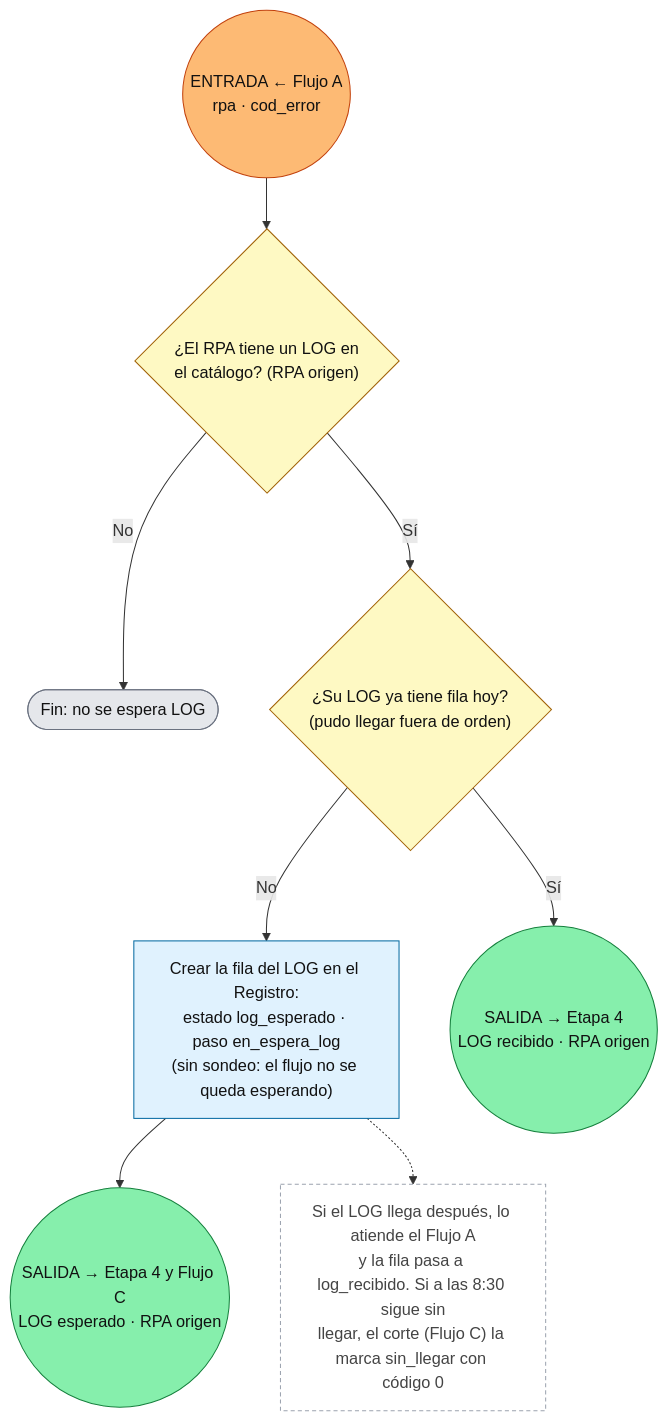
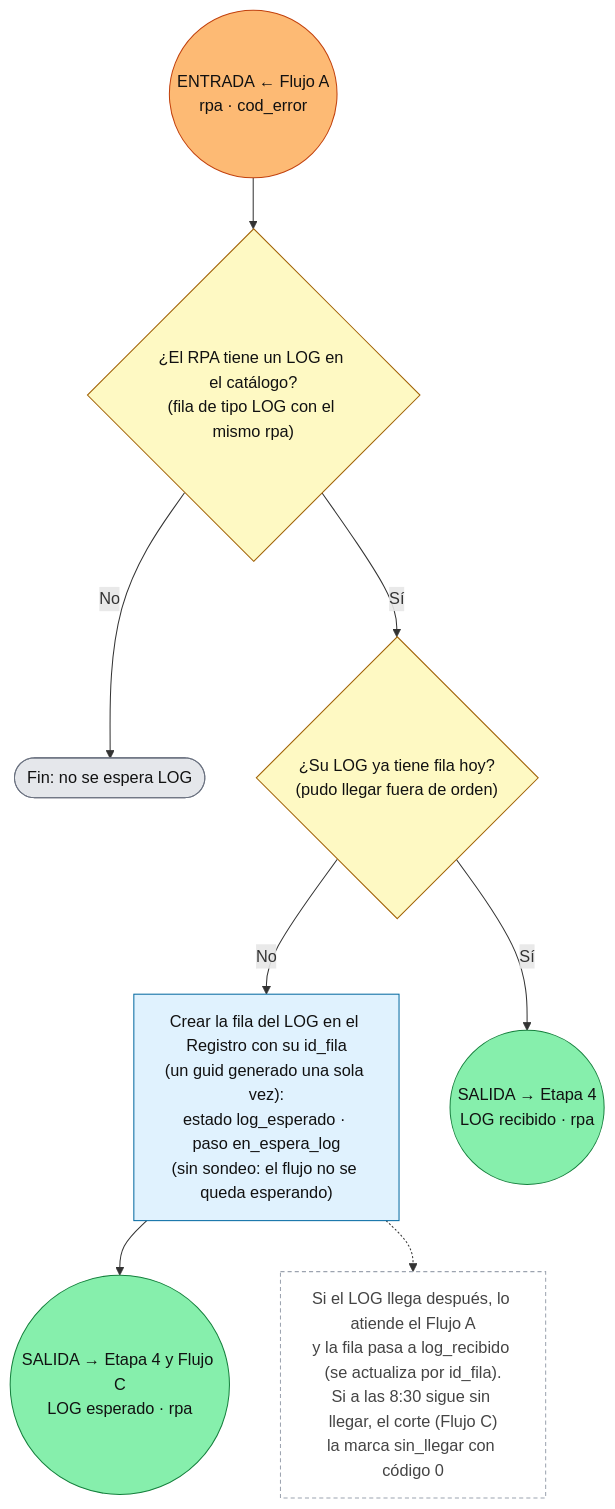
One commit to juanromerov/champions-rpa-mx changed the diagram in etapa2-lectura-correos/flujo2b-log.md. Above: the diagram before and after it, drawn with Mermaid. The commit also changed other lines of this file and 5 other files, not shown here.

````diff
--- a/etapa2-lectura-correos/flujo2b-log.md
+++ b/etapa2-lectura-correos/flujo2b-log.md
@@ -5,25 +5,25 @@
 ```mermaid
 flowchart TD
     classDef entrada fill:#fdba74,stroke:#c2410c,color:#111
     classDef salida fill:#86efac,stroke:#15803d,color:#111
     classDef paso fill:#e0f2fe,stroke:#0369a1,color:#111
     classDef decision fill:#fef9c3,stroke:#a16207,color:#111
     classDef gris fill:#e5e7eb,stroke:#6b7280,color:#111
     classDef nota fill:#fff,stroke:#9ca3af,color:#444,stroke-dasharray:4 3
 
     IN(("ENTRADA ← Flujo A<br/>rpa · cod_error")):::entrada
-    TIENE{"¿El RPA tiene un LOG en<br/>el catálogo? (RPA origen)"}:::decision
+    TIENE{"¿El RPA tiene un LOG en el catálogo?<br/>(fila de tipo LOG con el mismo rpa)"}:::decision
     FIN(["Fin: no se espera LOG"]):::gris
     YA{"¿Su LOG ya tiene fila hoy?<br/>(pudo llegar fuera de orden)"}:::decision
-    ESP["Crear la fila del LOG en el Registro:<br/>estado log_esperado · paso en_espera_log<br/>(sin sondeo: el flujo no se queda esperando)"]:::paso
-    NOTA["Si el LOG llega después, lo atiende el Flujo A<br/>y la fila pasa a log_recibido. Si a las 8:30 sigue sin<br/>llegar, el corte (Flujo C) la marca sin_llegar con código 0"]:::nota
-    OUT1(("SALIDA → Etapa 4<br/>LOG recibido · RPA origen")):::salida
-    OUT2(("SALIDA → Etapa 4 y Flujo C<br/>LOG esperado · RPA origen")):::salida
+    ESP["Crear la fila del LOG en el Registro con su id_fila<br/>(un guid generado una sola vez):<br/>estado log_esperado · paso en_espera_log<br/>(sin sondeo: el flujo no se queda esperando)"]:::paso
+    NOTA["Si el LOG llega después, lo atiende el Flujo A<br/>y la fila pasa a log_recibido (se actualiza por id_fila).<br/>Si a las 8:30 sigue sin llegar, el corte (Flujo C)<br/>la marca sin_llegar con código 0"]:::nota
+    OUT1(("SALIDA → Etapa 4<br/>LOG recibido · rpa")):::salida
+    OUT2(("SALIDA → Etapa 4 y Flujo C<br/>LOG esperado · rpa")):::salida
 
     IN --> TIENE
     TIENE -- No --> FIN
     TIENE -- Sí --> YA
     YA -- Sí --> OUT1
     YA -- No --> ESP --> OUT2
     ESP -.-> NOTA
 ```
````
